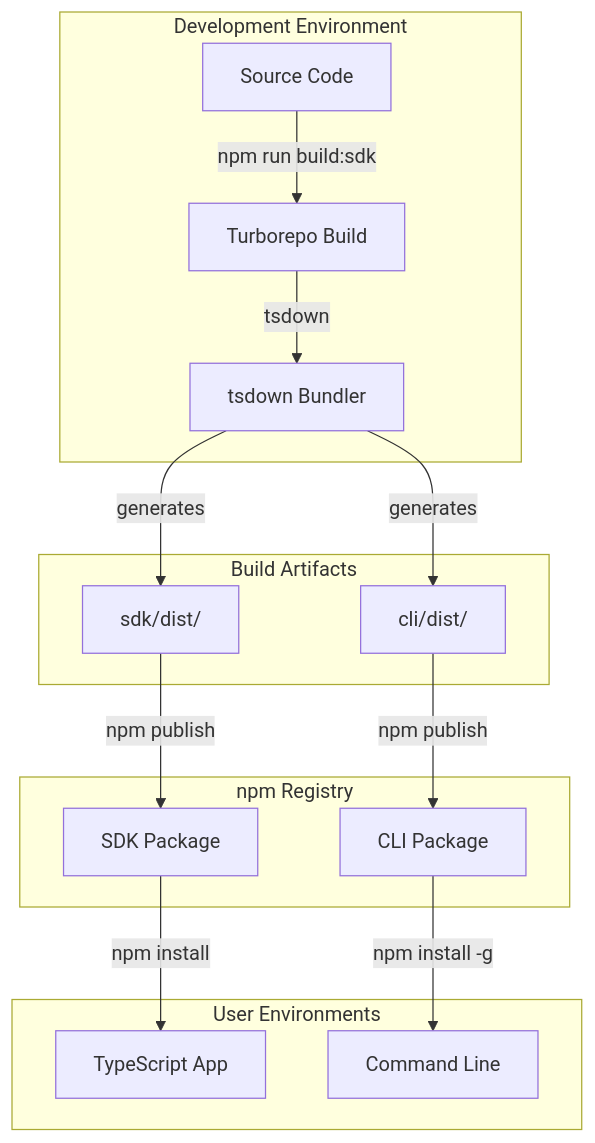
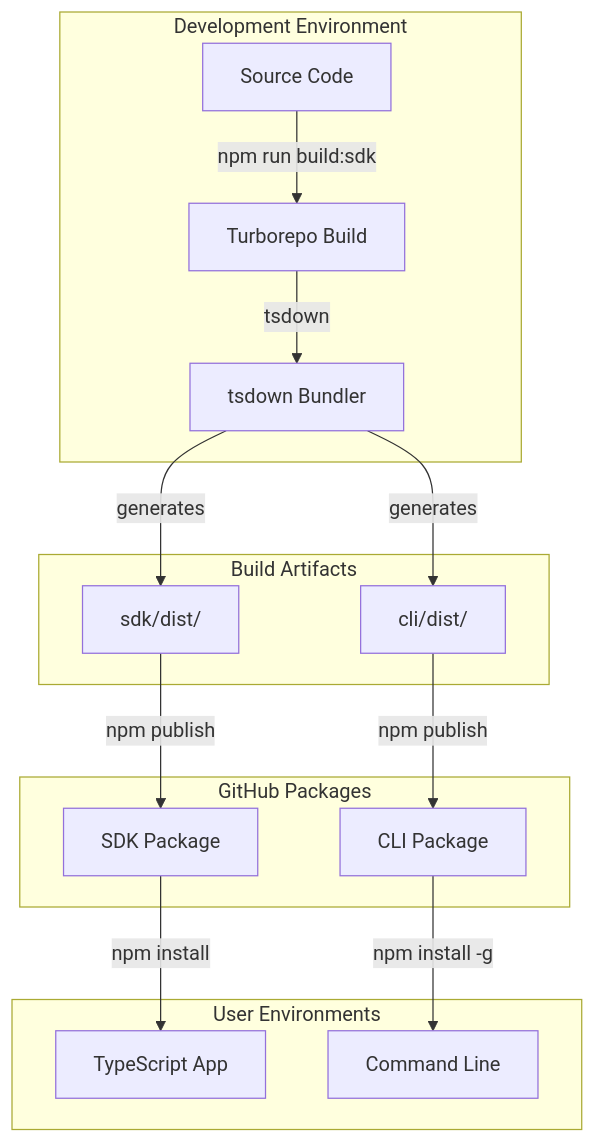
One commit to aignostics/typescript-sdk changed diagram 11 of 15 in docs/SOFTWARE_ARCHITECTURE.md. Above: the diagram before and after it, drawn with Mermaid. The commit also changed other lines of this file and 7 other files, not shown here.

First line of the commit message:
chore(packages): publish the SDK and CLI to GitHub Packages (#217)

````diff
--- a/docs/SOFTWARE_ARCHITECTURE.md
+++ b/docs/SOFTWARE_ARCHITECTURE.md
@@ -539,34 +539,34 @@
 ```mermaid
 graph TB
     subgraph "Development Environment"
         CODE[Source Code]
         TURBO[Turborepo Build]
         TSDOWN[tsdown Bundler]
     end
     
     subgraph "Build Artifacts"
         SDK_DIST[sdk/dist/]
         CLI_DIST[cli/dist/]
     end
     
-    subgraph "npm Registry"
+    subgraph "GitHub Packages"
         SDK_PKG[SDK Package]
         CLI_PKG[CLI Package]
     end
     
     subgraph "User Environments"
         APP[TypeScript App]
         TERMINAL[Command Line]
     end
     
     CODE -->|npm run build:sdk| TURBO
     TURBO -->|tsdown| TSDOWN
     TSDOWN -->|generates| SDK_DIST
     TSDOWN -->|generates| CLI_DIST
     
     SDK_DIST -->|npm publish| SDK_PKG
     CLI_DIST -->|npm publish| CLI_PKG
     
     SDK_PKG -->|npm install| APP
     CLI_PKG -->|npm install -g| TERMINAL
 ```
````
